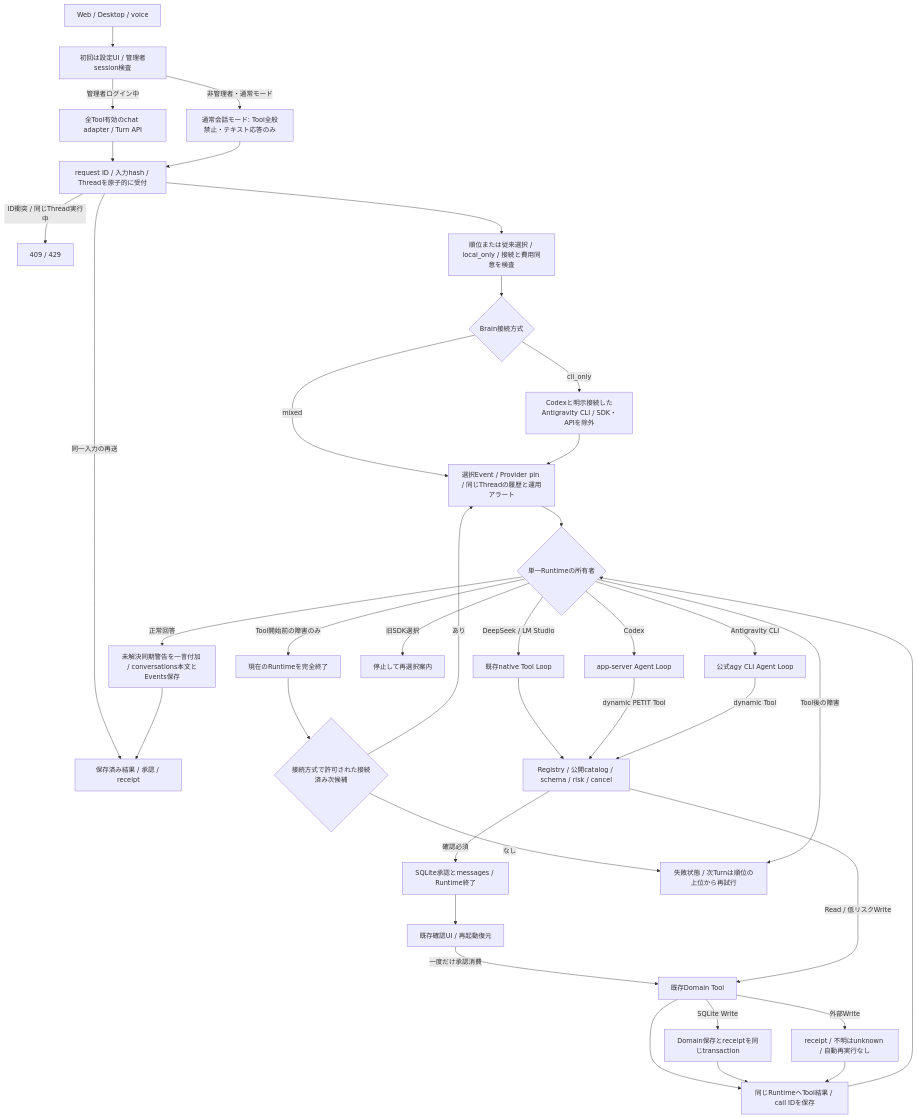
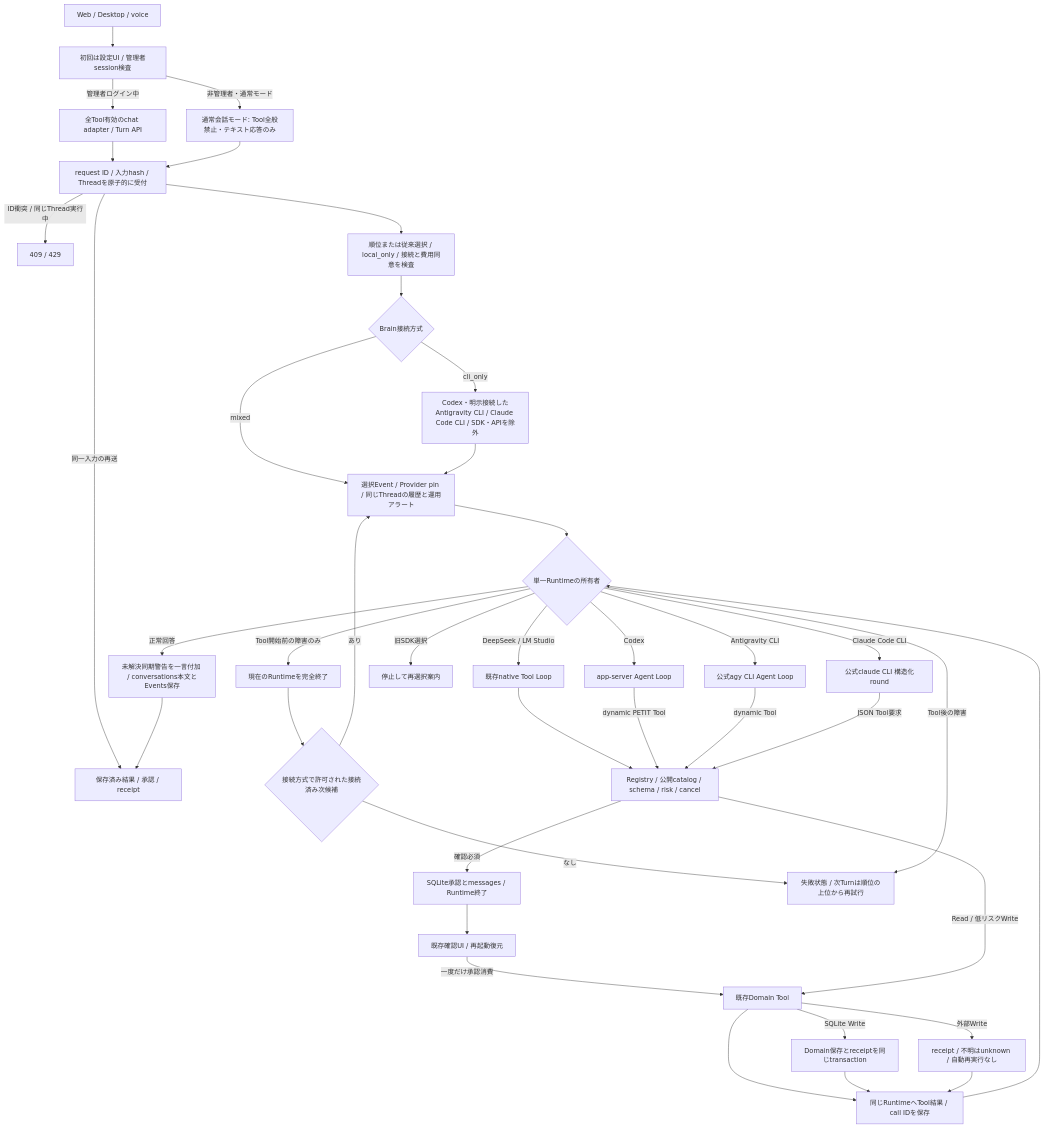
Diagram 12 of 42 in docs/runtime-flows.md (Soso2e/PETIT), drawn with Mermaid before and after one commit. The commit also changed other lines of this file and 28 other files, not shown here.

First line of the commit message:
feat: Claude Code CLIをExecutorとして追加し既定順位を方針順へ (v0.44.0)

````diff
--- a/docs/runtime-flows.md
+++ b/docs/runtime-flows.md
@@ -223,40 +246,42 @@
 ```mermaid
 flowchart TD
     C[Web / Desktop / voice] --> Auth[初回は設定UI / 管理者session検査]
     Auth -->|管理者ログイン中| A[全Tool有効のchat adapter / Turn API]
     Auth -->|非管理者・通常モード| Safe[通常会話モード: Tool全般禁止・テキスト応答のみ]
     A --> L[request ID / 入力hash / Threadを原子的に受付]
     Safe --> L
     L -->|同一入力の再送| R[保存済み結果 / 承認 / receipt]
     L -->|ID衝突 / 同じThread実行中| Conflict[409 / 429]
     L --> Select[順位または従来選択 / local_only / 接続と費用同意を検査]
     Select --> Transport{Brain接続方式}
     Transport -->|mixed| Pin[選択Event / Provider pin / 同じThreadの履歴と運用アラート]
-    Transport -->|cli_only| CLIOnly[Codexと明示接続したAntigravity CLI / SDK・APIを除外]
+    Transport -->|cli_only| CLIOnly[Codex・明示接続したAntigravity CLI / Claude Code CLI / SDK・APIを除外]
     CLIOnly --> Pin
     Pin --> Backend{単一Runtimeの所有者}
     Backend -->|DeepSeek / LM Studio| Native[既存native Tool Loop]
     Backend -->|Codex| Codex[app-server Agent Loop]
     Backend -->|Antigravity CLI| AgCli[公式agy CLI Agent Loop]
+    Backend -->|Claude Code CLI| CcCli[公式claude CLI 構造化round]
     Backend -->|旧SDK選択| Migrate[停止して再選択案内]
     Native --> Gate[Registry / 公開catalog / schema / risk / cancel]
     Codex -->|dynamic PETIT Tool| Gate
     AgCli -->|dynamic Tool| Gate
+    CcCli -->|JSON Tool要求| Gate
     Gate -->|確認必須| Approval[SQLite承認とmessages / Runtime終了]
     Approval --> UI[既存確認UI / 再起動復元]
     UI -->|一度だけ承認消費| Execute[既存Domain Tool]
     Gate -->|Read / 低リスクWrite| Execute
     Execute -->|SQLite Write| Receipt[Domain保存とreceiptを同じtransaction]
     Execute -->|外部Write| Unknown[receipt / 不明はunknown / 自動再実行なし]
     Execute --> Return[同じRuntimeへTool結果 / call IDを保存]
     Receipt --> Return
     Unknown --> Return
     Return --> Backend
     Backend -->|Tool開始前の障害のみ| Stop[現在のRuntimeを完全終了]
     Stop --> Next{接続方式で許可された接続済み次候補}
     Next -->|あり| Pin
     Next -->|なし| Failed[失敗状態 / 次Turnは順位の上位から再試行]
     Backend -->|Tool後の障害| Failed
     Backend -->|正常回答| Save[未解決同期警告を一言付加 / conversations本文とEvents保存]
     Save --> R
 ```
````
